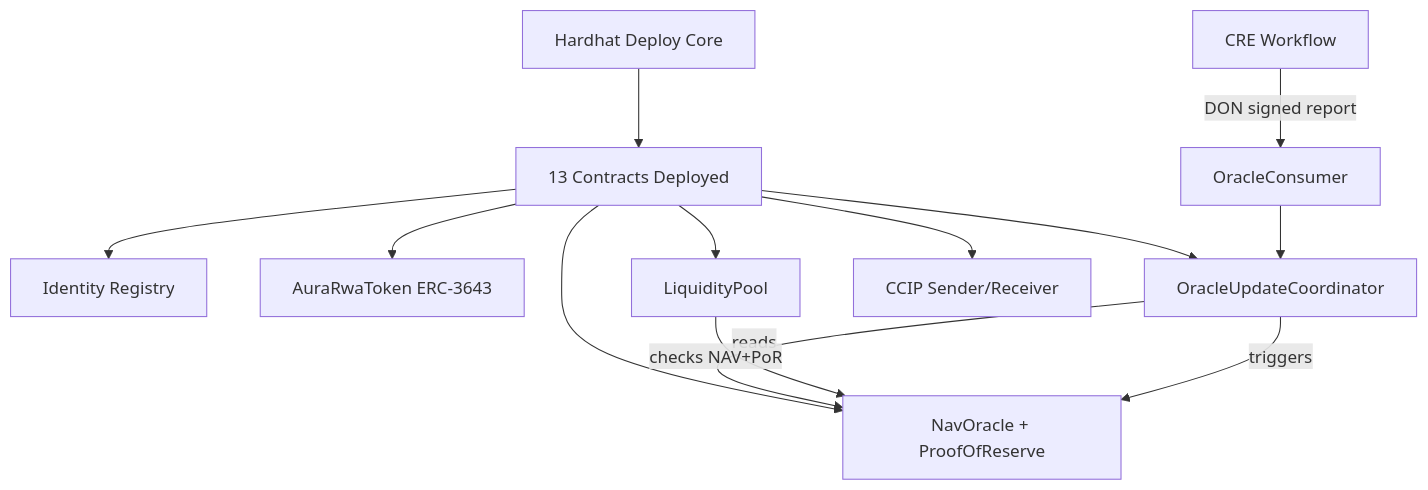
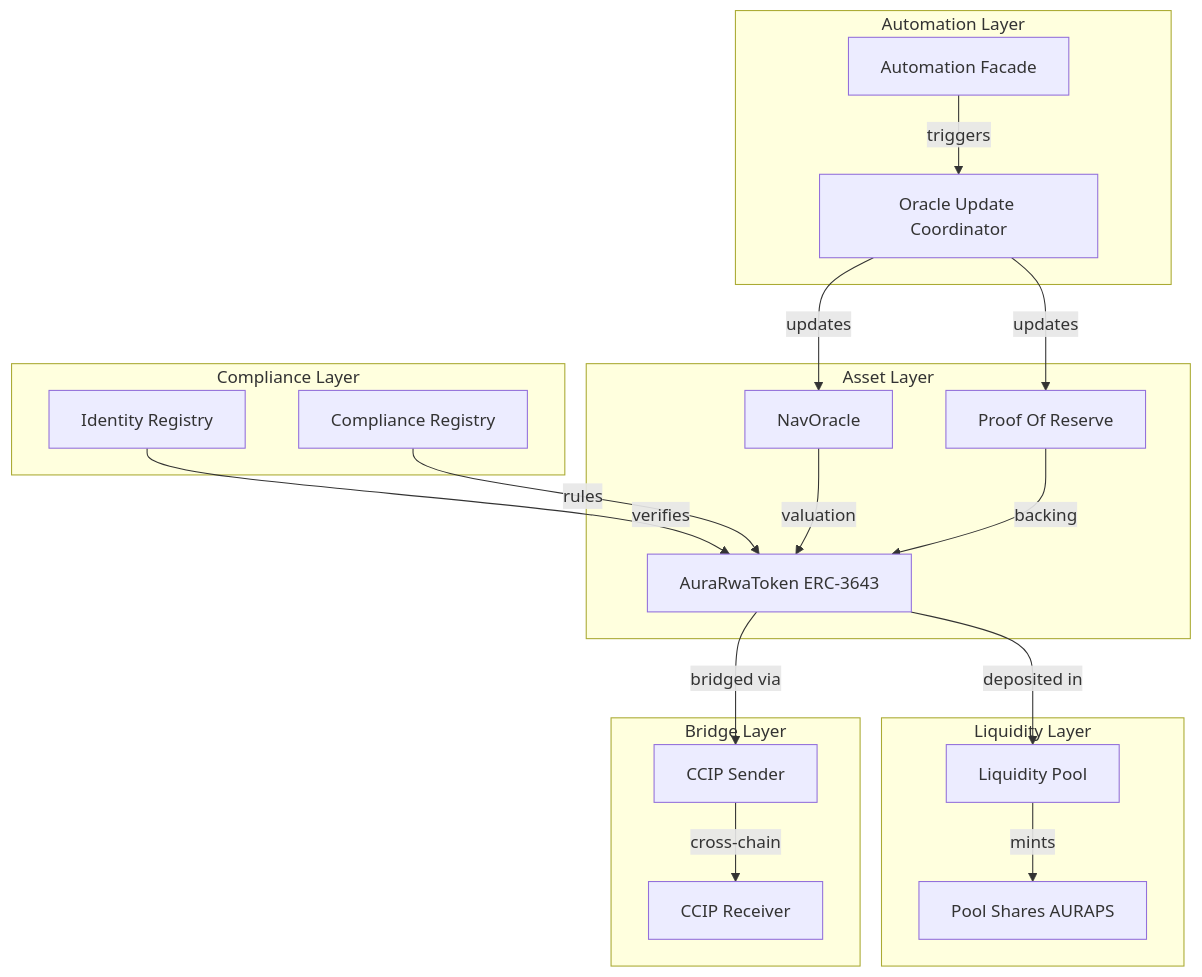
The diagram in packages/contracts/README.md (anskp/Aura), drawn with Mermaid before and after one commit. The commit also changed other lines of this file and 33 other files, not shown here.

````diff
--- a/packages/contracts/README.md
+++ b/packages/contracts/README.md
@@ -147,17 +9,43 @@
 ```mermaid
-flowchart TB
-    A[Hardhat Deploy Core] --> B[13 Contracts Deployed]
-    B --> C[Identity Registry]
-    B --> D[AuraRwaToken ERC-3643]
-    B --> E[NavOracle + ProofOfReserve]
-    B --> F[LiquidityPool]
-    B --> G[OracleUpdateCoordinator]
-    B --> H[CCIP Sender/Receiver]
+flowchart TD
+    subgraph Compliance Layer
+        IR[Identity Registry]
+        CR[Compliance Registry]
+    end
 
-    G -->|reads| E
-    F -->|checks NAV+PoR| E
-    G -->|triggers| E
+    subgraph Asset Layer
+        RWA[AuraRwaToken ERC-3643]
+        NAV[NavOracle]
+        PoR[Proof Of Reserve]
+    end
 
-    CRE[CRE Workflow] -->|DON signed report| OC[OracleConsumer]
-    OC --> G
+    subgraph Liquidity Layer
+        LP[Liquidity Pool]
+        PS[Pool Shares AURAPS]
+    end
+
+    subgraph Automation Layer
+        OC[Oracle Update Coordinator]
+        AF[Automation Facade]
+    end
+
+    subgraph Bridge Layer
+        CCS[CCIP Sender]
+        CCR[CCIP Receiver]
+    end
+
+    IR -->|verifies| RWA
+    CR -->|rules| RWA
+    NAV -->|valuation| RWA
+    PoR -->|backing| RWA
+    
+    RWA -->|deposited in| LP
+    LP -->|mints| PS
+    
+    OC -->|updates| NAV
+    OC -->|updates| PoR
+    AF -->|triggers| OC
+
+    RWA -->|bridged via| CCS
+    CCS -->|cross-chain| CCR
 ```
````
